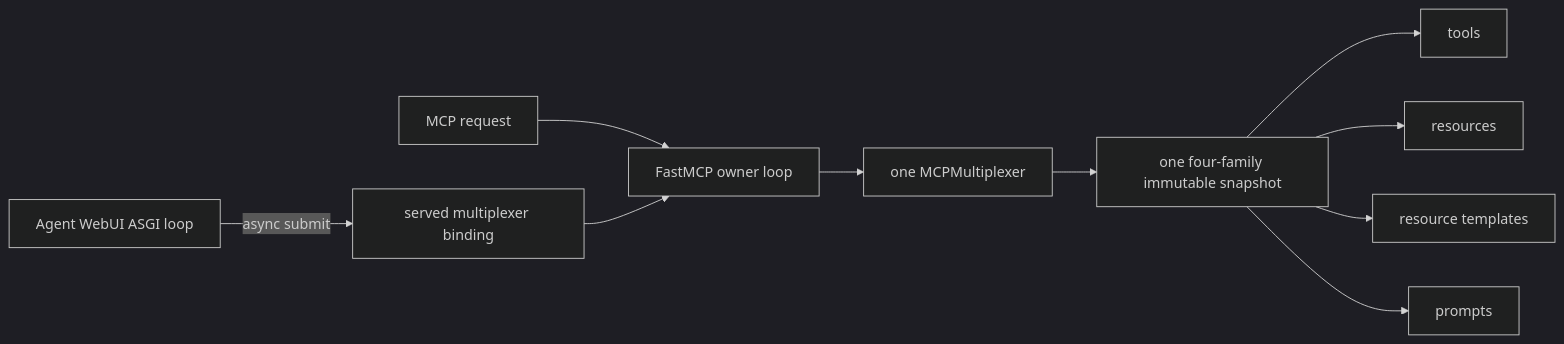
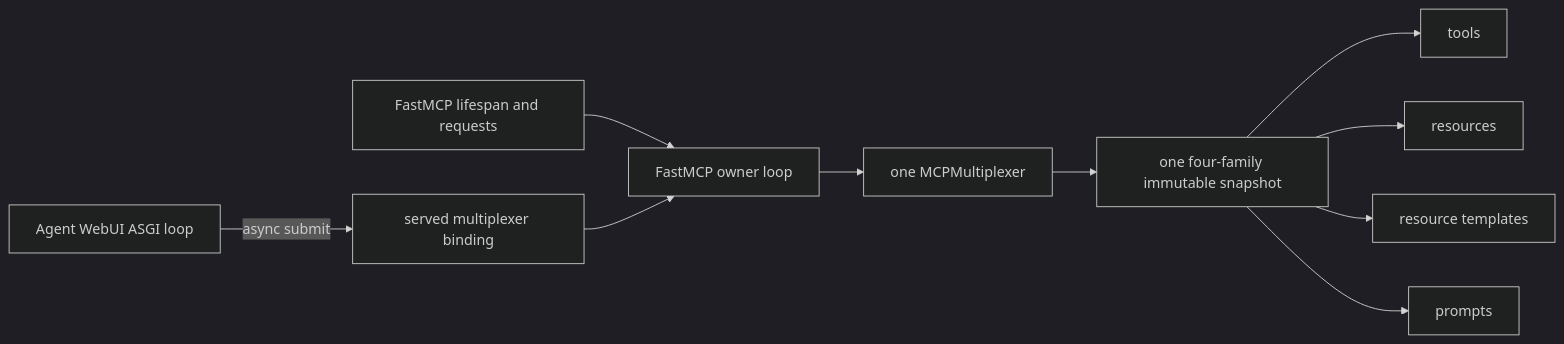
Before and after one commit to Knuckles-Team/graph-os: the diagram in docs/fleet.md, drawn with Mermaid (dark theme). The commit also changed other lines of this file and 3 other files, not shown here.

````diff
--- a/docs/fleet.md
+++ b/docs/fleet.md
@@ -26,12 +26,12 @@
 ```mermaid
 flowchart LR
-    MCP[MCP request] --> Owner[FastMCP owner loop]
+    MCP[FastMCP lifespan and requests] --> Owner[FastMCP owner loop]
     UI[Agent WebUI ASGI loop] -->|async submit| Binding[served multiplexer binding]
     Binding --> Owner
     Owner --> Mux[one MCPMultiplexer]
     Mux --> Snapshot[one four-family immutable snapshot]
     Snapshot --> Tools[tools]
     Snapshot --> Resources[resources]
     Snapshot --> Templates[resource templates]
     Snapshot --> Prompts[prompts]
 ```
````
